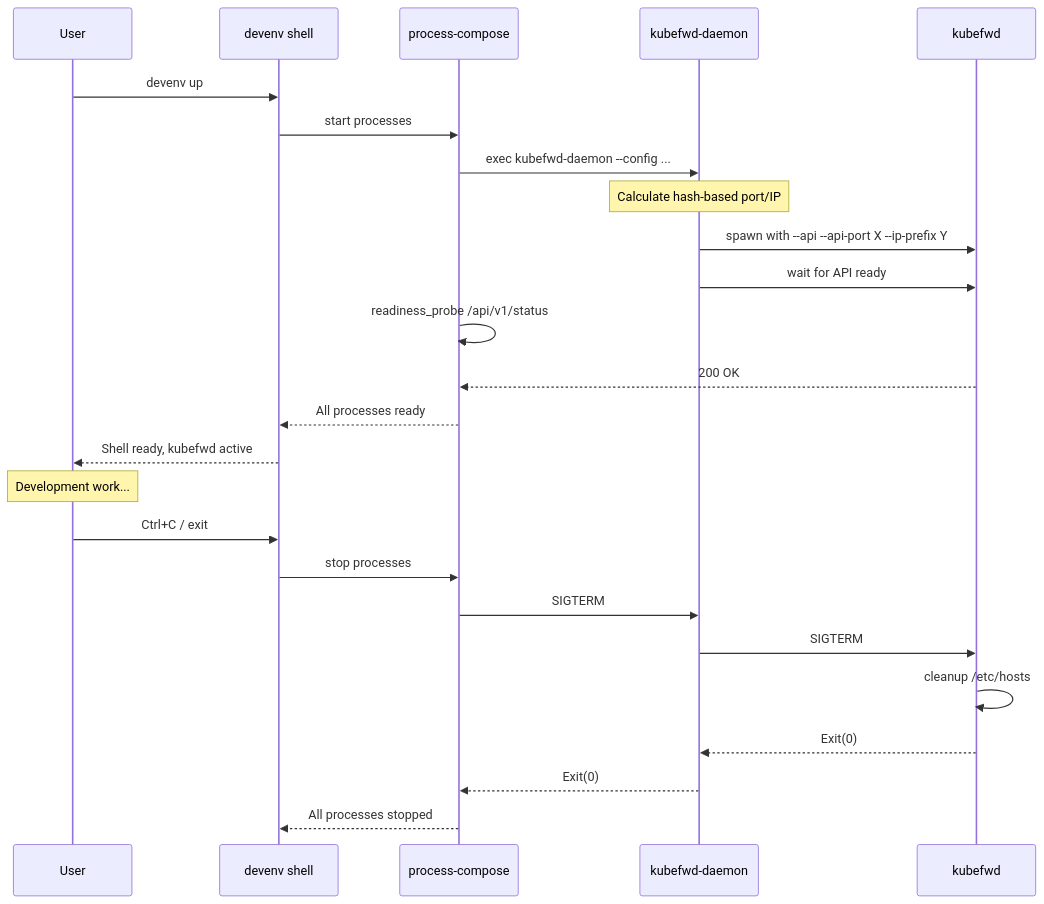
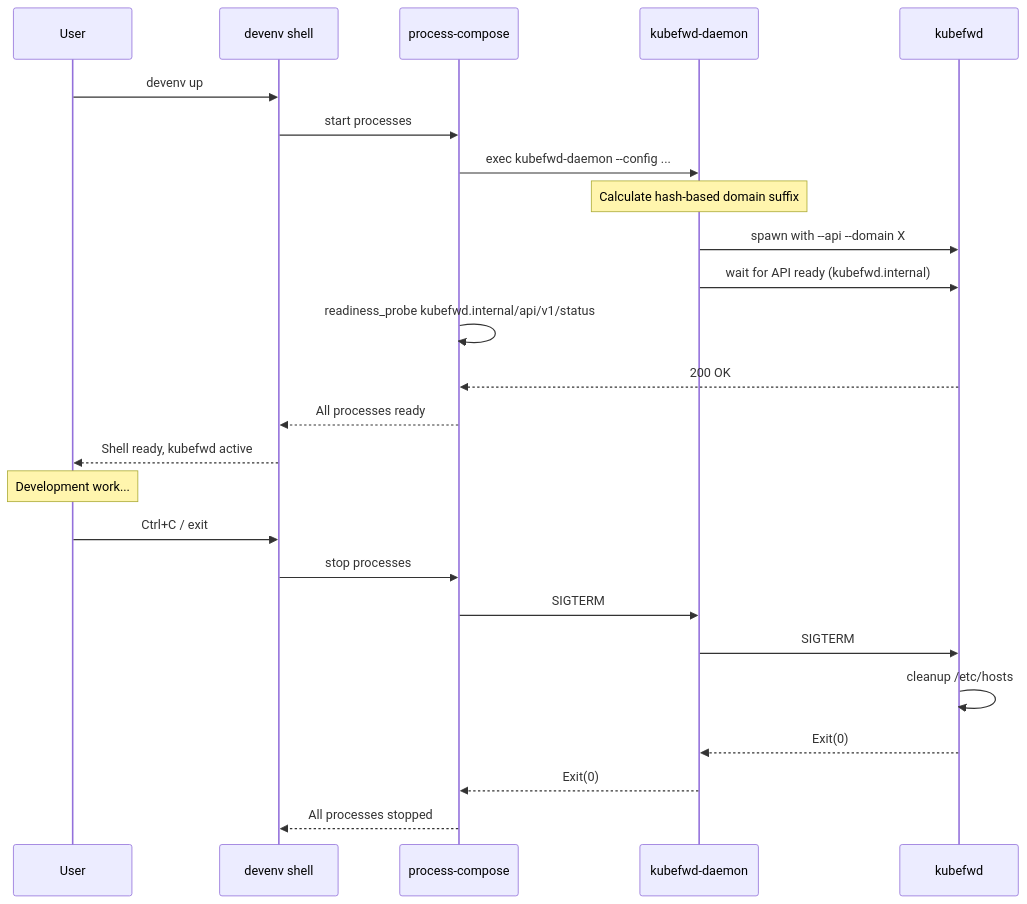
One commit to parthspatel/nix-kubefwd changed diagram 20 of 20 in docs/CODE_ARCHITECTURE.md. Above: the diagram before and after it, drawn with Mermaid. The commit also changed other lines of this file and 2 other files, not shown here.

First line of the commit message:
Fix incorrect kubefwd API assumptions in documentation

````diff
--- a/docs/CODE_ARCHITECTURE.md
+++ b/docs/CODE_ARCHITECTURE.md
@@ -960,36 +958,36 @@
 ```mermaid
 sequenceDiagram
     participant User
     participant Shell as devenv shell
     participant PC as process-compose
     participant Daemon as kubefwd-daemon
     participant Kubefwd as kubefwd
 
     User->>Shell: devenv up
     Shell->>PC: start processes
 
     PC->>Daemon: exec kubefwd-daemon --config ...
-    Note over Daemon: Calculate hash-based port/IP
+    Note over Daemon: Calculate hash-based domain suffix
 
-    Daemon->>Kubefwd: spawn with --api --api-port X --ip-prefix Y
-    Daemon->>Kubefwd: wait for API ready
+    Daemon->>Kubefwd: spawn with --api --domain X
+    Daemon->>Kubefwd: wait for API ready (kubefwd.internal)
 
-    PC->>PC: readiness_probe /api/v1/status
+    PC->>PC: readiness_probe kubefwd.internal/api/v1/status
     Kubefwd-->>PC: 200 OK
 
     PC-->>Shell: All processes ready
     Shell-->>User: Shell ready, kubefwd active
 
     Note over User: Development work...
 
     User->>Shell: Ctrl+C / exit
     Shell->>PC: stop processes
 
     PC->>Daemon: SIGTERM
     Daemon->>Kubefwd: SIGTERM
     Kubefwd->>Kubefwd: cleanup /etc/hosts
     Kubefwd-->>Daemon: Exit(0)
     Daemon-->>PC: Exit(0)
 
     PC-->>Shell: All processes stopped
 ```
````
